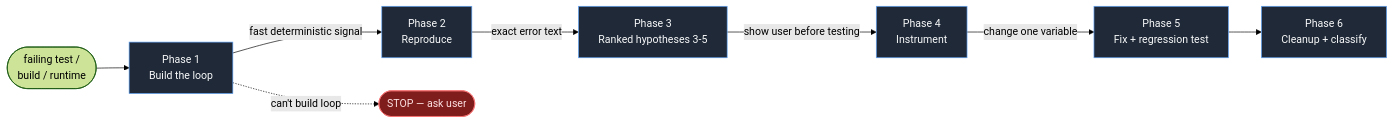
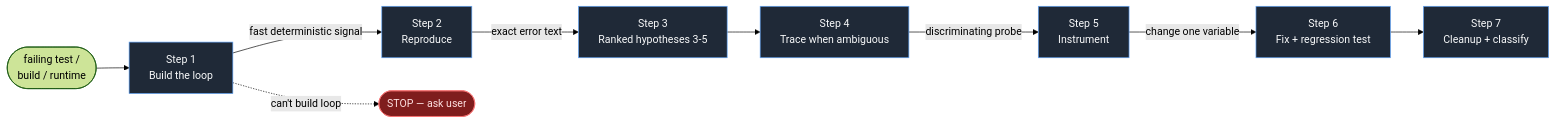
Before and after one commit to ViktorsBaikers/DevRites: the fifth of 9 diagrams in docs/flow.md, drawn with Mermaid (forest theme). The commit also changed other lines of this file and 227 other files, not shown here.

````diff
--- a/docs/flow.md
+++ b/docs/flow.md
@@ -157,15 +157,16 @@
 ```mermaid
 flowchart LR
-    F([failing test /<br/>build / runtime]) --> L1[Phase 1<br/>Build the loop]
-    L1 -->|fast deterministic signal| R[Phase 2<br/>Reproduce]
-    R -->|exact error text| H[Phase 3<br/>Ranked hypotheses 3-5]
-    H -->|show user before testing| I[Phase 4<br/>Instrument]
-    I -->|change one variable| Fix[Phase 5<br/>Fix + regression test]
-    Fix --> C[Phase 6<br/>Cleanup + classify]
+    F([failing test /<br/>build / runtime]) --> L1[Step 1<br/>Build the loop]
+    L1 -->|fast deterministic signal| R[Step 2<br/>Reproduce]
+    R -->|exact error text| H[Step 3<br/>Ranked hypotheses 3-5]
+    H --> T[Step 4<br/>Trace when ambiguous]
+    T -->|discriminating probe| I[Step 5<br/>Instrument]
+    I -->|change one variable| Fix[Step 6<br/>Fix + regression test]
+    Fix --> C[Step 7<br/>Cleanup + classify]
     L1 -.->|can't build loop| Ask([STOP — ask user])
 
     classDef phase fill:#1f2937,stroke:#60a5fa,color:#f9fafb
     classDef stop fill:#7f1d1d,stroke:#f87171,color:#fee2e2
-    class L1,R,H,I,Fix,C phase
+    class L1,R,H,T,I,Fix,C phase
     class Ask stop
 ```
````
